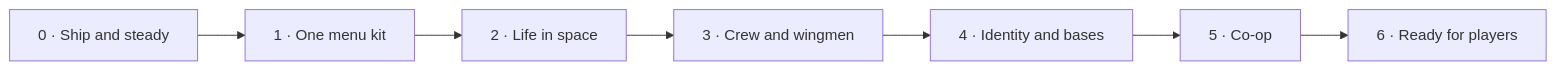
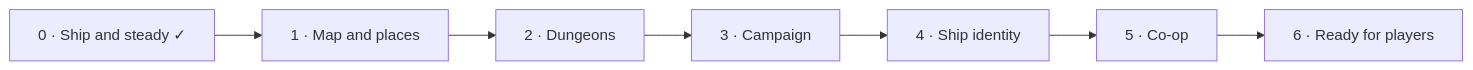
Before and after one commit to Lycheetah/black-current: the diagram in docs/PLAN.md, drawn with Mermaid. The commit also changed other lines of this file and 3 other files, not shown here.

First line of the commit message:
Route 2 revised: places first, then dungeons, campaign, identity, co-op, players

````diff
--- a/docs/PLAN.md
+++ b/docs/PLAN.md
@@ -30,5 +34,5 @@
 ```mermaid
 flowchart LR
-  S0["0 · Ship and steady"] --> S1["1 · One menu kit"] --> S2["2 · Life in space"] --> S3["3 · Crew and wingmen"]
-  S3 --> S4["4 · Identity and bases"] --> S5["5 · Co-op"] --> S6["6 · Ready for players"]
+  S0["0 · Ship and steady ✓"] --> S1["1 · Map and places"] --> S2["2 · Dungeons"] --> S3["3 · Campaign"]
+  S3 --> S4["4 · Ship identity"] --> S5["5 · Co-op"] --> S6["6 · Ready for players"]
 ```
````
